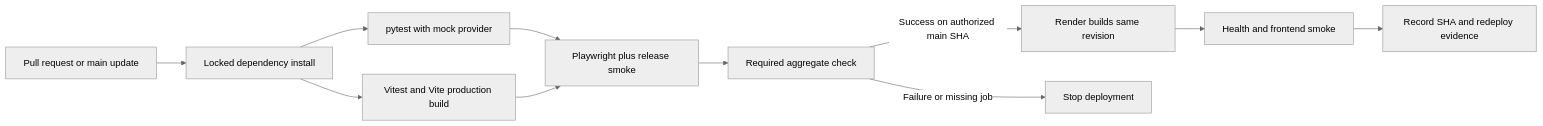
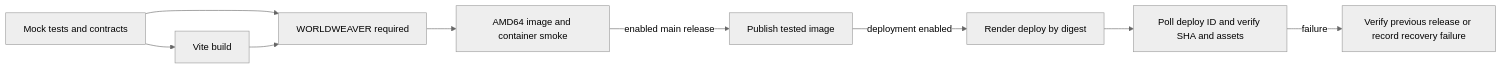
The diagram in docs/DEVOPS_PLAN.md (jllgame00/worldweaver), drawn with Mermaid (neutral theme) before and after one commit. The commit also changed other lines of this file and 23 other files, not shown here.

Commit message:
feat(devops): implement secure Docker deployment and test-gated release pipeline

````diff
--- a/docs/DEVOPS_PLAN.md
+++ b/docs/DEVOPS_PLAN.md
@@ -5,13 +5,11 @@
-~~~mermaid
+```mermaid
 flowchart LR
-  PR[Pull request or main update] --> B[Locked dependency install]
-  B --> P[pytest with mock provider]
-  B --> F[Vitest and Vite production build]
-  P --> E[Playwright plus release smoke]
-  F --> E
-  E --> Q[Required aggregate check]
-  Q -->|Success on authorized main SHA| R[Render builds same revision]
-  Q -->|Failure or missing job| X[Stop deployment]
-  R --> H[Health and frontend smoke]
-  H --> D[Record SHA and redeploy evidence]
-~~~
+  T[Mock tests and contracts] --> B[Vite build]
+  T --> G[WORLDWEAVER required]
+  B --> G
+  G --> C[AMD64 image and container smoke]
+  C -->|enabled main release| P[Publish tested image]
+  P -->|deployment enabled| D[Render deploy by digest]
+  D --> H[Poll deploy ID and verify SHA and assets]
+  H -->|failure| R[Verify previous release or record recovery failure]
+```
````
